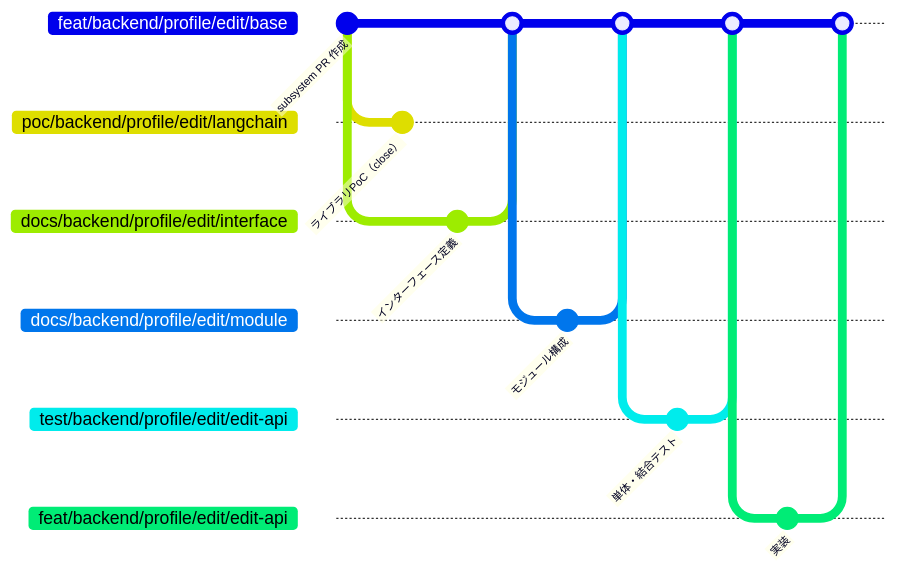
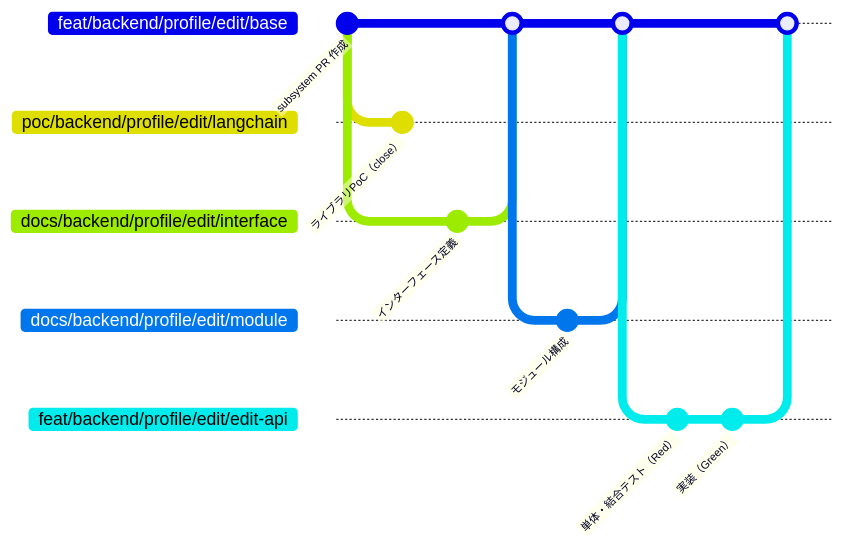
Before and after one commit to shuhei1101/ai-monitor: the fourth of 5 diagrams in docs/wiki/規約/ブランチ戦略.md, drawn with Mermaid. The commit also changed other lines of this file and 103 other files, not shown here.

````diff
--- a/docs/wiki/規約/ブランチ戦略.md
+++ b/docs/wiki/規約/ブランチ戦略.md
@@ -301,38 +303,33 @@
 ```mermaid
 ---
 config:
   gitGraph:
     mainBranchName: feat/backend/profile/edit/base
 ---
 gitGraph
     commit id: "subsystem PR 作成"
 
     branch poc/backend/profile/edit/langchain
     checkout poc/backend/profile/edit/langchain
     commit id: "ライブラリPoC（close）"
 
     checkout feat/backend/profile/edit/base
     branch docs/backend/profile/edit/interface
     checkout docs/backend/profile/edit/interface
     commit id: "インターフェース定義"
     checkout feat/backend/profile/edit/base
     merge docs/backend/profile/edit/interface
 
     branch docs/backend/profile/edit/module
     checkout docs/backend/profile/edit/module
     commit id: "モジュール構成"
     checkout feat/backend/profile/edit/base
     merge docs/backend/profile/edit/module
 
-    branch test/backend/profile/edit/edit-api
-    checkout test/backend/profile/edit/edit-api
-    commit id: "単体・結合テスト"
-    checkout feat/backend/profile/edit/base
-    merge test/backend/profile/edit/edit-api
-
     branch feat/backend/profile/edit/edit-api
     checkout feat/backend/profile/edit/edit-api
-    commit id: "実装"
+    commit id: "単体・結合テスト（Red）"
+    commit id: "実装（Green）"
     checkout feat/backend/profile/edit/base
     merge feat/backend/profile/edit/edit-api
 ```
````
